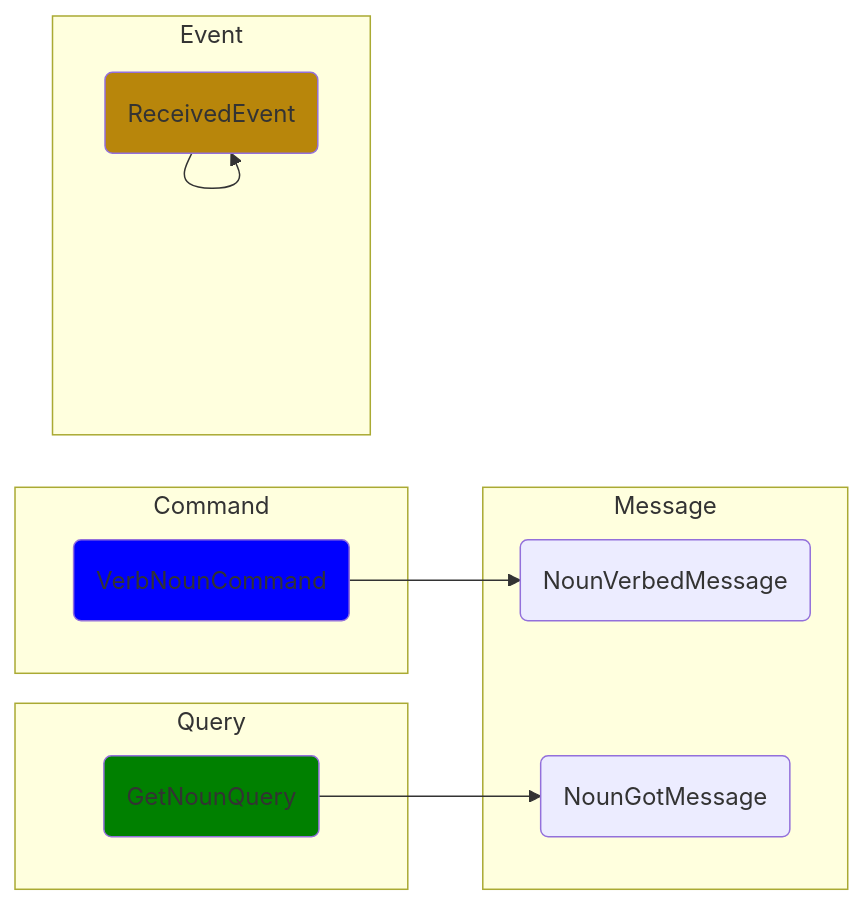
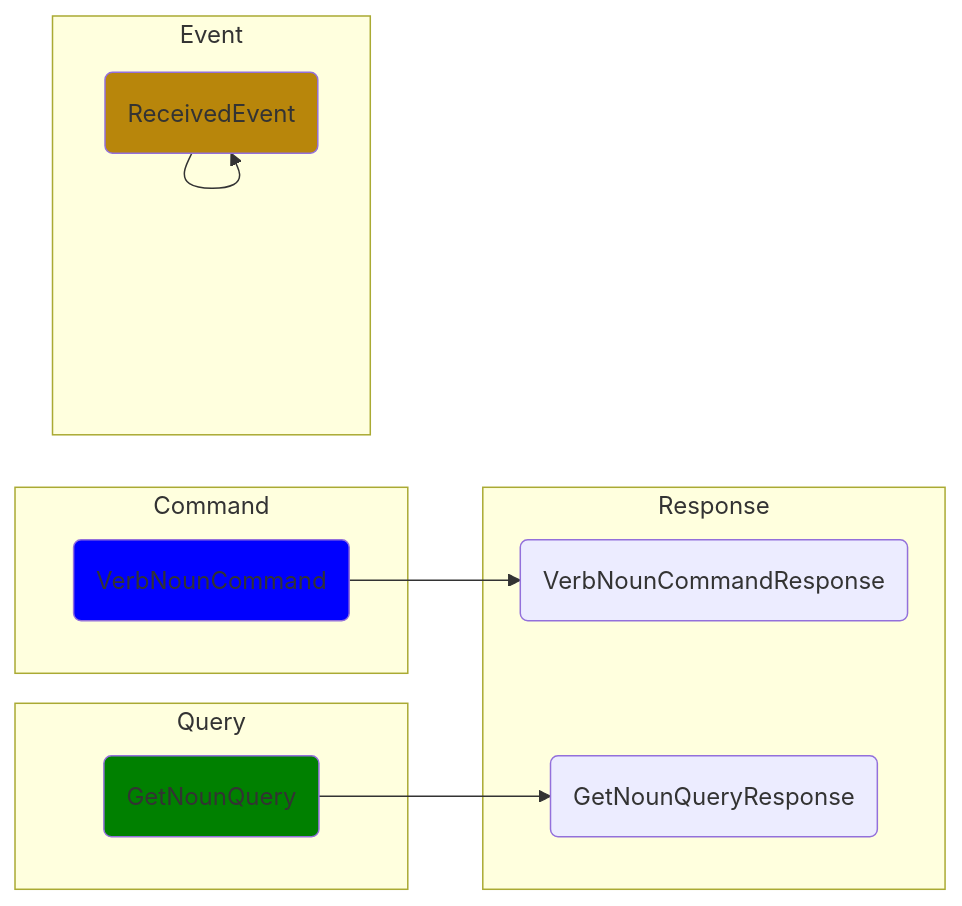
One commit to wechaty/cqrs changed the first of 4 diagrams in README.md. Above: the diagram before and after it, drawn with Mermaid. The commit also changed other lines of this file and 4 other files, not shown here.

````diff
--- a/README.md
+++ b/README.md
@@ -84,29 +84,29 @@
 ```mermaid
 graph LR
   classDef event fill:DarkGoldenRod
   classDef command fill:blue
   classDef query fill:green
 
   subgraph Command
     C(VerbNounCommand):::command
   end
 
-  subgraph Message
-    MC(NounVerbedMessage)
-    MQ(NounGotMessage)
+  subgraph Response
+    RC(VerbNounCommandResponse)
+    RQ(GetNounQueryResponse)
   end
     
   subgraph Query
     Q(GetNounQuery):::query
   end
 
   subgraph Event
     ER(ReceivedEvent):::event
   end
 
-  C-->MC
+  C-->RC
 
   ER-->ER
 
-  Q-->MQ
+  Q-->RQ
 ```
````
